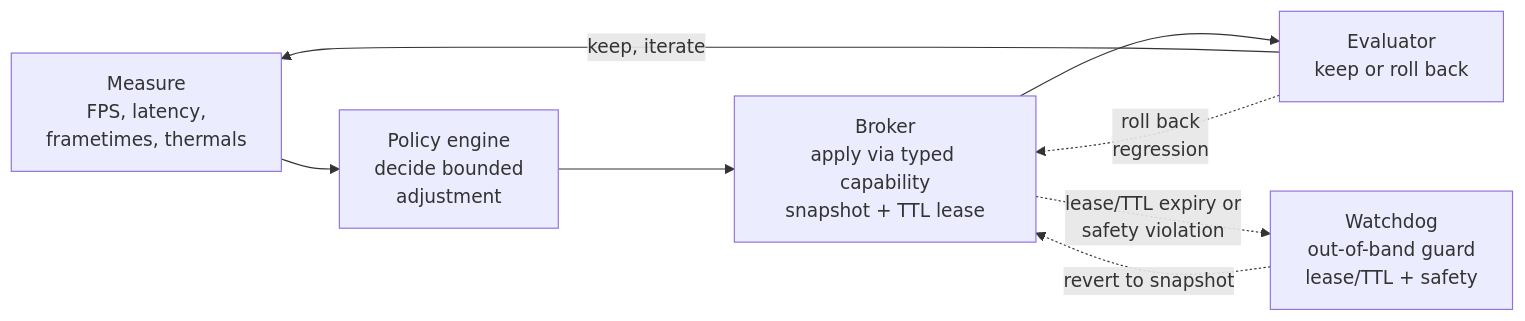
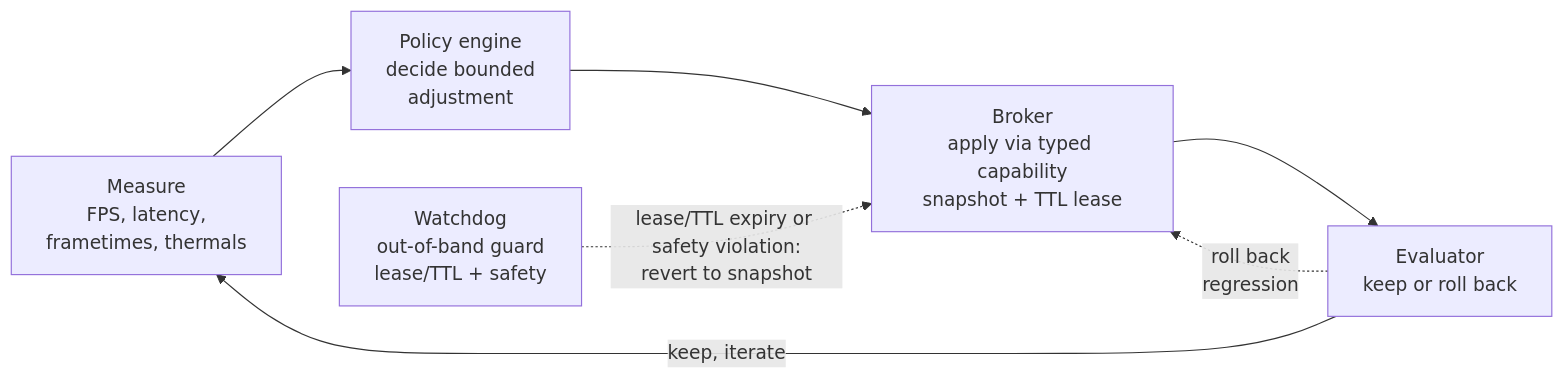
One commit to undeemed/fpsmaxxing changed the diagram in README.md. Above: the diagram before and after it, drawn with Mermaid.

Commit message:
no-mistakes(review): fix inverted watchdog trip edge in closed-loop diagram

````diff
--- a/README.md
+++ b/README.md
@@ -15,15 +15,14 @@
 ```mermaid
 flowchart LR
     M["Measure<br/>FPS, latency,<br/>frametimes, thermals"]
     P["Policy engine<br/>decide bounded<br/>adjustment"]
     B["Broker<br/>apply via typed capability<br/>snapshot + TTL lease"]
     E["Evaluator<br/>keep or roll back"]
     W["Watchdog<br/>out-of-band guard<br/>lease/TTL + safety"]
     M --> P
     P --> B
     B --> E
     E -->|keep, iterate| M
     E -.->|roll back<br/>regression| B
-    B -.->|lease/TTL expiry or<br/>safety violation| W
-    W -.->|revert to snapshot| B
+    W -.->|lease/TTL expiry or safety violation:<br/>revert to snapshot| B
 ```
````
